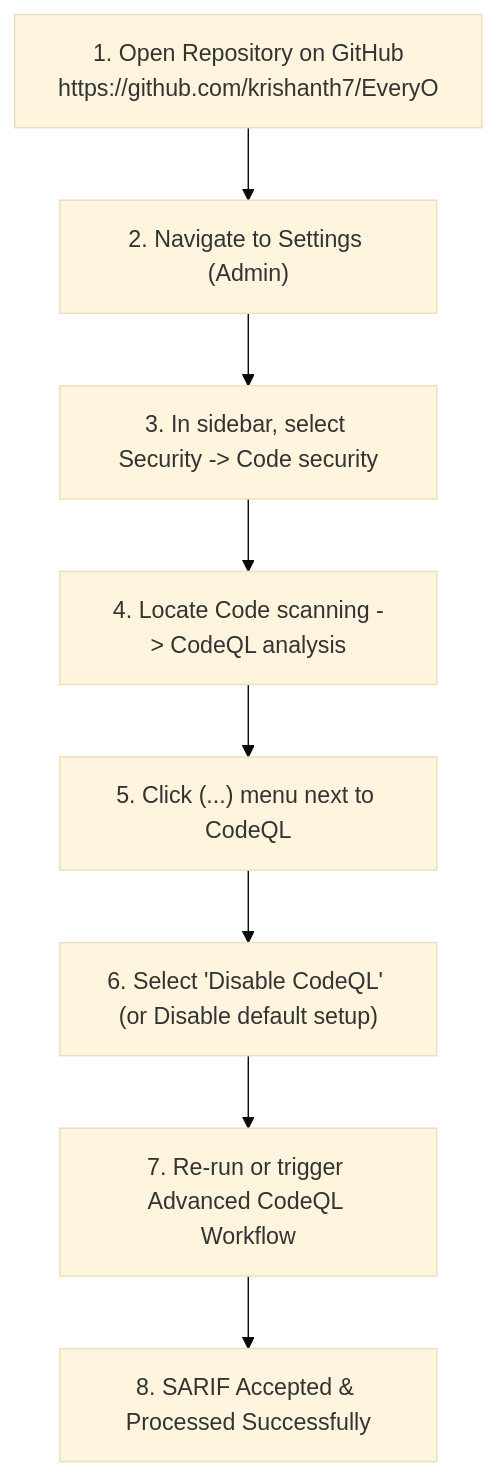
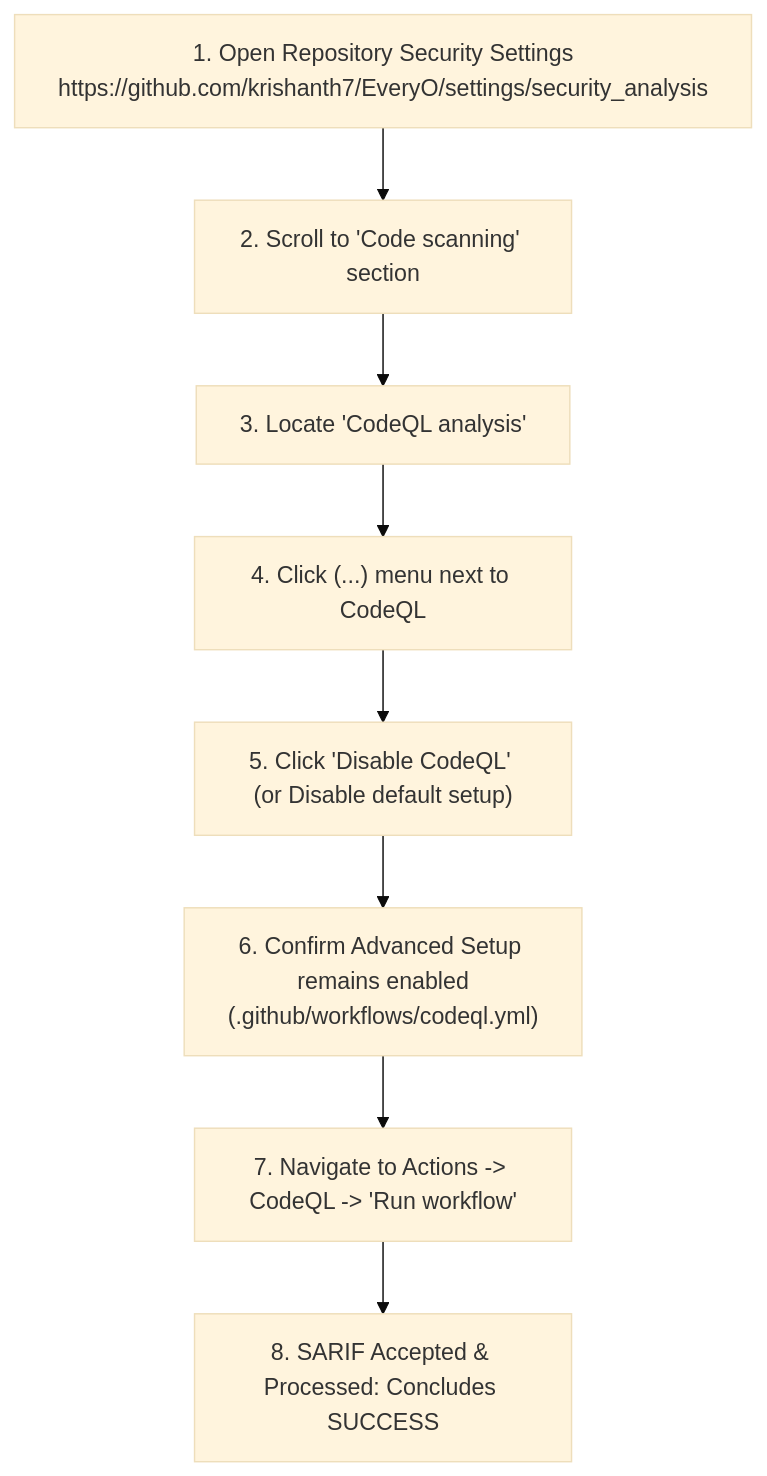
Before and after one commit to krishanth7/EveryO: the diagram in docs/development/CODEQL_CONFIGURATION_FIX_REPORT.md, drawn with Mermaid (base theme). The commit also changed other lines of this file and 1 other file, not shown here.

First line of the commit message:
Add manual trigger to CodeQL workflow

````diff
--- a/docs/development/CODEQL_CONFIGURATION_FIX_REPORT.md
+++ b/docs/development/CODEQL_CONFIGURATION_FIX_REPORT.md
@@ -67,10 +113,10 @@
 ```mermaid
 flowchart TD
-    Step1["1. Open Repository on GitHub<br/>https://github.com/krishanth7/EveryO"] --> Step2["2. Navigate to Settings (Admin)"]
-    Step2 --> Step3["3. In sidebar, select Security -> Code security"]
-    Step3 --> Step4["4. Locate Code scanning -> CodeQL analysis"]
-    Step4 --> Step5["5. Click (...) menu next to CodeQL"]
-    Step5 --> Step6["6. Select 'Disable CodeQL' (or Disable default setup)"]
-    Step6 --> Step7["7. Re-run or trigger Advanced CodeQL Workflow"]
-    Step7 --> Step8["8. SARIF Accepted & Processed Successfully"]
+    Step1["1. Open Repository Security Settings<br/>https://github.com/krishanth7/EveryO/settings/security_analysis"] --> Step2["2. Scroll to 'Code scanning' section"]
+    Step2 --> Step3["3. Locate 'CodeQL analysis'"]
+    Step3 --> Step4["4. Click (...) menu next to CodeQL"]
+    Step4 --> Step5["5. Click 'Disable CodeQL' (or Disable default setup)"]
+    Step5 --> Step6["6. Confirm Advanced Setup remains enabled<br/>(.github/workflows/codeql.yml)"]
+    Step6 --> Step7["7. Navigate to Actions -> CodeQL -> 'Run workflow'"]
+    Step7 --> Step8["8. SARIF Accepted & Processed: Concludes SUCCESS"]
 ```
````
